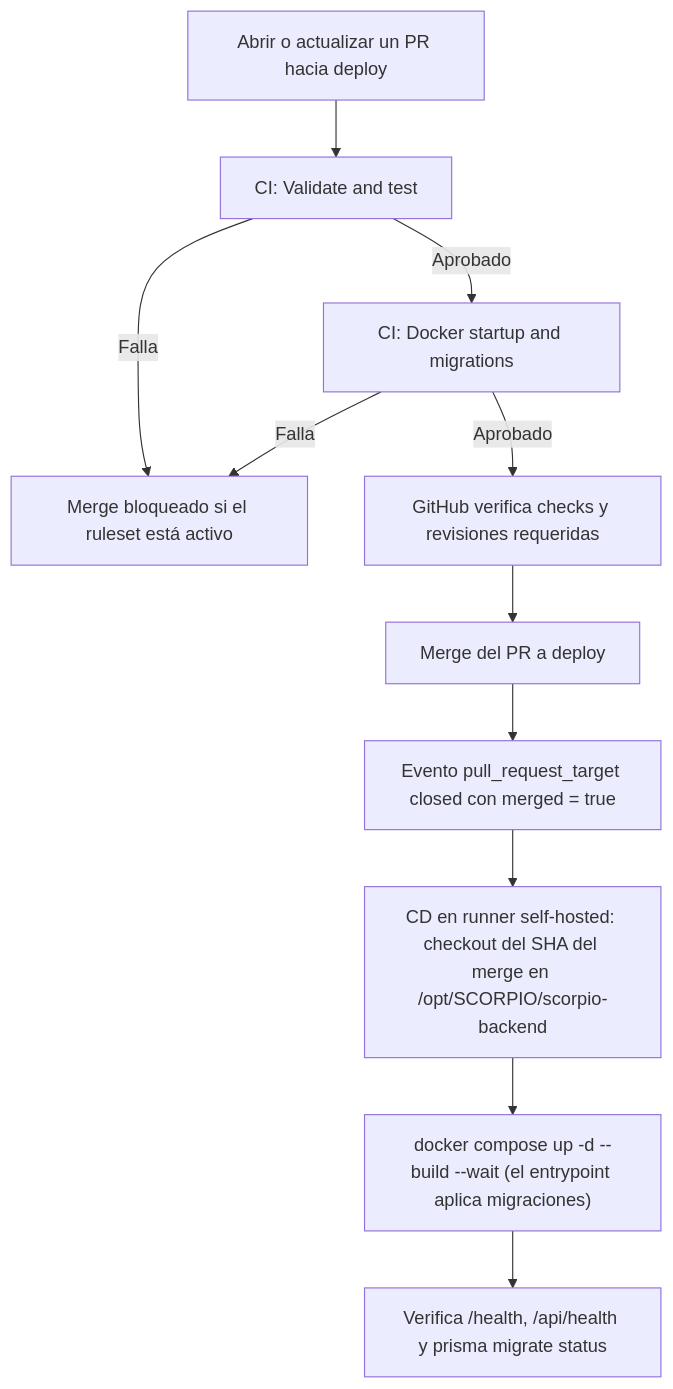
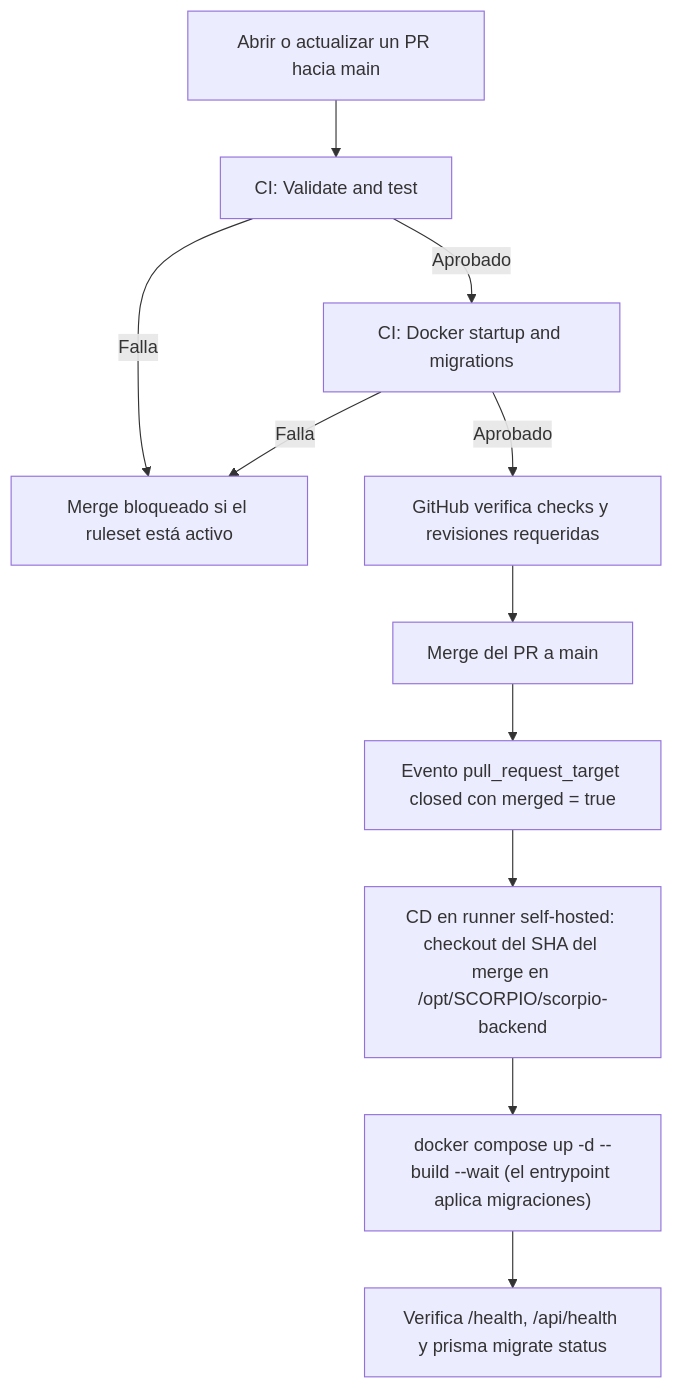
Before and after one commit to scorpio-iotuc/scorpio-backend: the diagram in docs/CICD.md, drawn with Mermaid. The commit also changed other lines of this file and 6 other files, not shown here.

First line of the commit message:
ci: trigger CD on PRs merged into main instead of deploy

````diff
--- a/docs/CICD.md
+++ b/docs/CICD.md
@@ -16,13 +16,13 @@
 ```mermaid
 flowchart TD
-    PR["Abrir o actualizar un PR hacia deploy"] --> CI["CI: Validate and test"]
+    PR["Abrir o actualizar un PR hacia main"] --> CI["CI: Validate and test"]
     CI -->|"Aprobado"| Docker["CI: Docker startup and migrations"]
     CI -->|"Falla"| Block["Merge bloqueado si el ruleset está activo"]
     Docker -->|"Falla"| Block
     Docker -->|"Aprobado"| Rules["GitHub verifica checks y revisiones requeridas"]
-    Rules --> Merge["Merge del PR a deploy"]
+    Rules --> Merge["Merge del PR a main"]
     Merge --> Closed["Evento pull_request_target closed con merged = true"]
     Closed --> CD["CD en runner self-hosted: checkout del SHA del merge en /opt/SCORPIO/scorpio-backend"]
     CD --> Up["docker compose up -d --build --wait (el entrypoint aplica migraciones)"]
     Up --> Health["Verifica /health, /api/health y prisma migrate status"]
 ```
````
